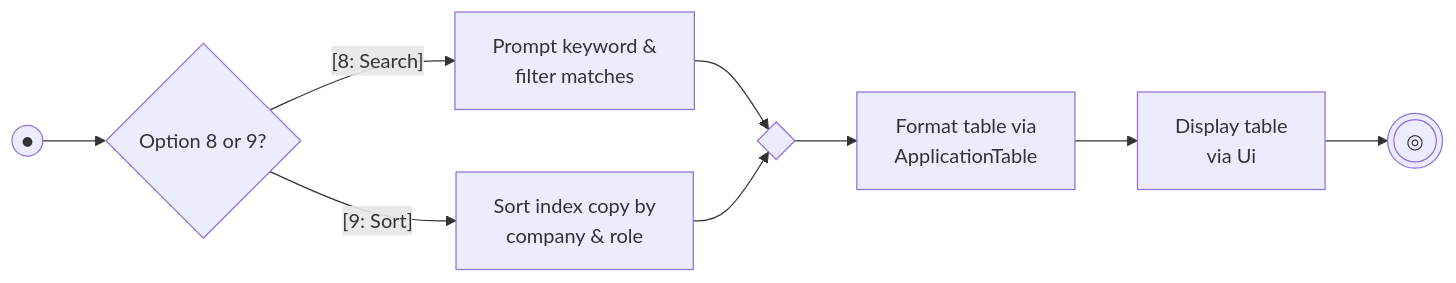
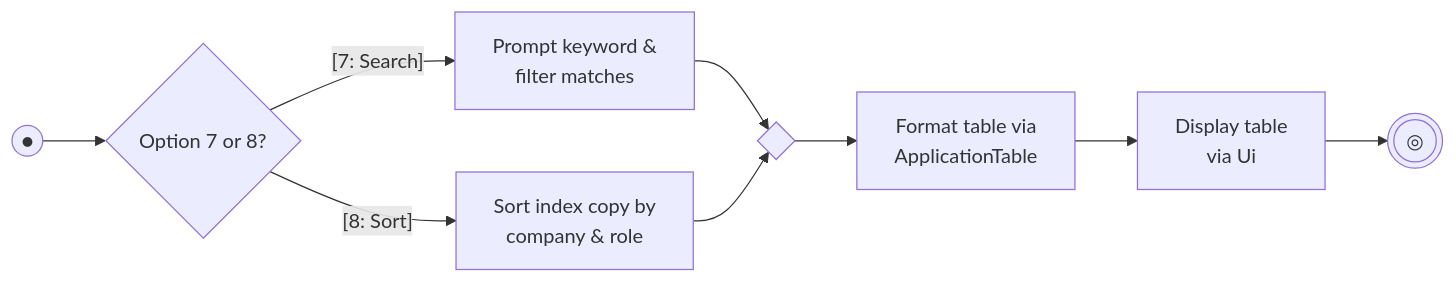
One commit to AY2627S1-CS2113-T10-2/tp changed the diagram in docs/diagrams/sources/search-sort-activity.mmd. Above: the diagram before and after it, drawn with Mermaid. The commit also changed 17 other files, not shown here.

```diff
--- a/docs/diagrams/sources/search-sort-activity.mmd
+++ b/docs/diagrams/sources/search-sort-activity.mmd
@@ -1,9 +1,9 @@
 flowchart LR
-    Start((●)) --> Choice{"Option 8 or 9?"}
-    Choice -->|"[8: Search]"| Prompt["Prompt keyword &<br/>filter matches"]
-    Choice -->|"[9: Sort]"| Sort["Sort index copy by<br/>company & role"]
+    Start((●)) --> Choice{"Option 7 or 8?"}
+    Choice -->|"[7: Search]"| Prompt["Prompt keyword &<br/>filter matches"]
+    Choice -->|"[8: Sort]"| Sort["Sort index copy by<br/>company & role"]
     Prompt --> MergeTable{ }
     Sort --> MergeTable
     MergeTable --> Table["Format table via<br/>ApplicationTable"]
     Table --> Display["Display table<br/>via Ui"]
     Display --> End(((◎)))
```
